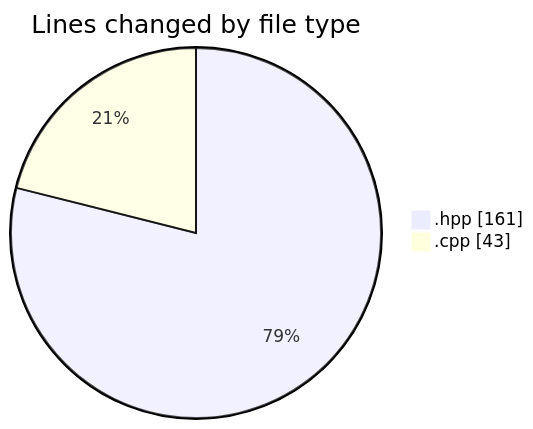
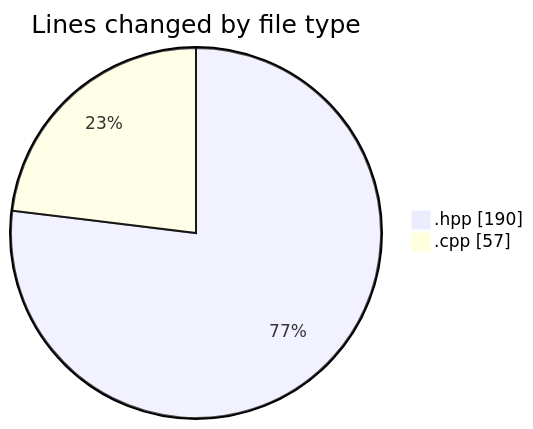
The first of 2 diagrams in 2025-05-03/date/README.md (Netris89/code-tracking), drawn with Mermaid before and after one commit. The commit also changed other lines of this file and 1 other file, not shown here.

````diff
--- a/2025-05-03/date/README.md
+++ b/2025-05-03/date/README.md
@@ -24,6 +27,6 @@
 ```mermaid
 pie showData
 title Lines changed by file type
-".hpp" : 161
-".cpp" : 43
+".hpp" : 190
+".cpp" : 57
 ```
````
